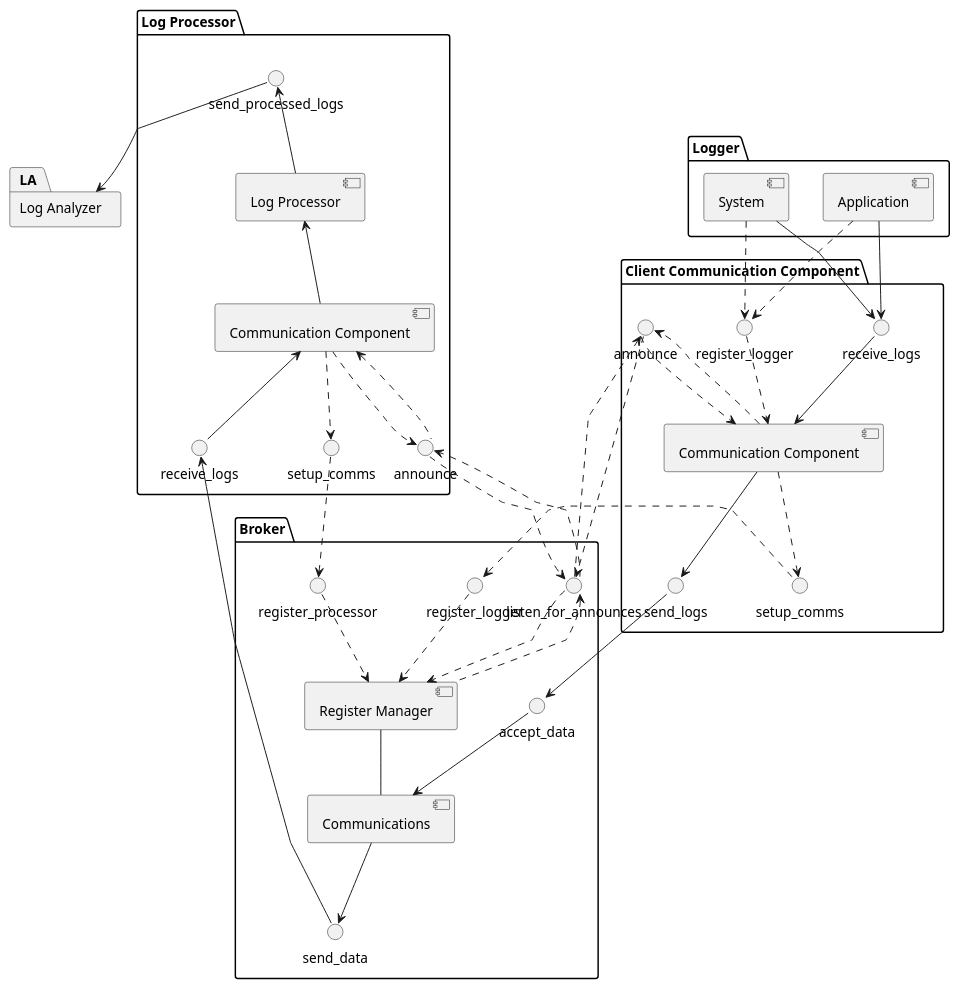
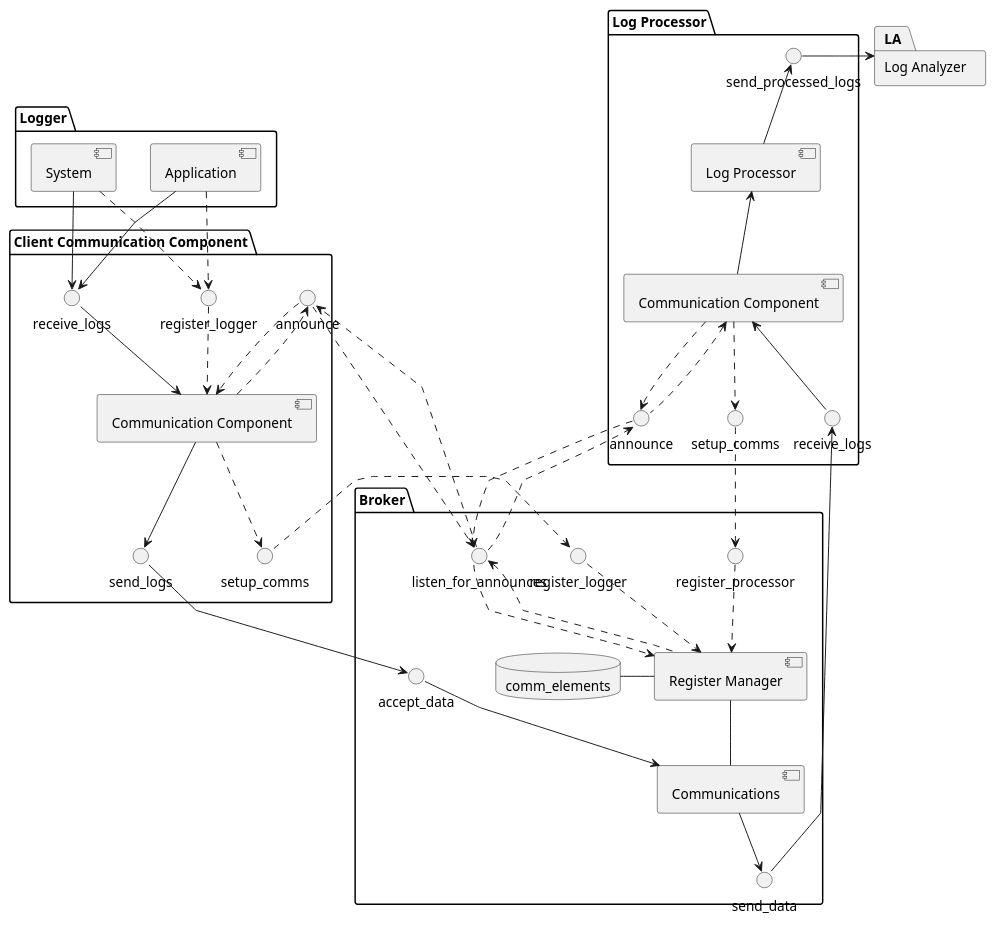
Before and after one commit to jlojosnegros/master_upm_practica_final_arquitectura: the diagram in estructurales/components_01.puml, drawn with PlantUML.

```diff
--- a/estructurales/components_01.puml
+++ b/estructurales/components_01.puml
@@ -1,101 +1,103 @@
 @startuml
 
 skinparam linetype polyline
 'skinparam linetype ortho
 
 skinparam defaultFontName "Fira Code Retina"
 
 package "Logger" {
 
 [Application]
 [System]
 
 }
 
 package "Client Communication Component" as CCC {
 interface register_logger
 interface send_logs
 interface setup_comms
 interface announce
 interface receive_logs
 [Communication Component] as cc
 
-receive_logs --> cc
+receive_logs -down-> cc
 cc --> send_logs
 
 register_logger ..> cc
 cc .down.> announce
 cc <.up. announce
 cc .down.> setup_comms
 }
 
 package "Broker" {
 interface listen_for_announces
 interface register_logger as b_register_logger
 interface register_processor as b_register_processor
 interface accept_data
 interface send_data
 
 [Register Manager] as rm
 [Communications] as cb
+database comm_elements as db
 
 rm -- cb
+rm -left- db
 
 b_register_logger ..> rm
 b_register_processor ..> rm
 listen_for_announces ..> rm
 listen_for_announces <.. rm
 
 cb --> send_data
 accept_data --> cb
 
 }
 
 package "Log Processor" as LP {
 
 interface announce as lp_announce
 interface setup_comms as lp_setup_comms
 interface receive_logs as lp_receive_logs
 interface "send_processed_logs" as lp_send_logs
 
 [Communication Component] as lpcc
 [Log Processor] as lp
 
 lp_receive_logs -up-> lpcc
 lpcc -up-> lp
 lp -up-> lp_send_logs
 
 lpcc ..> lp_setup_comms
 lpcc ..> lp_announce
 lpcc <.. lp_announce
 
 
 }
 
 package "Log Analyzer" as LA {
 }
 
 '' Configuration
 [Application] ..> register_logger
 [System] ..> register_logger
 
 announce ..> listen_for_announces
 listen_for_announces ..> announce
 setup_comms ..> b_register_logger
 
 
 lp_announce ..> listen_for_announces
 listen_for_announces ..> lp_announce
 lp_setup_comms ..> b_register_processor
 
 '' Data Path: Apps to client comms
 [Application] --> receive_logs
 [System] --> receive_logs
 
 '' Data Path: client comms to broker
 send_logs --> accept_data
 
 '' Data Path: broker to processors
-send_data --> lp_receive_logs
-lp_send_logs --> LA
+send_data -right-> lp_receive_logs
+lp_send_logs -right-> LA
 @enduml
```
